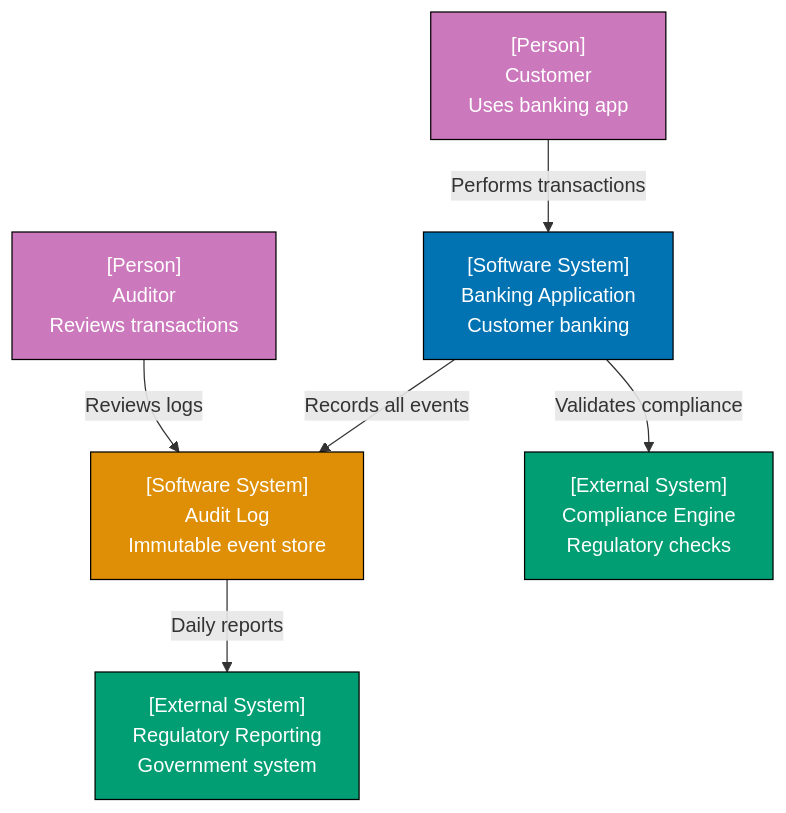
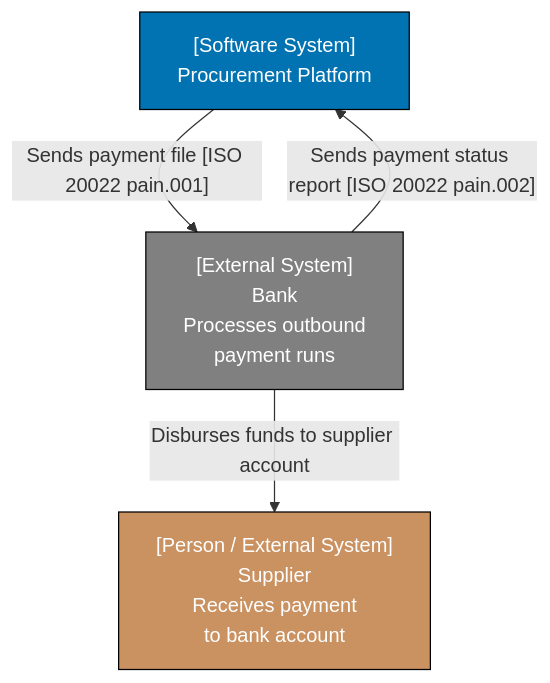
Before and after one commit to wahidyankf/open-sharia-enterprise: diagram 13 of 30 in apps/ayokoding-web/content/en/learn/software-engineering/architecture/c4-architecture-model/by-example/beginner.md, drawn with Mermaid. The commit also changed other lines of this file and 38 other files, not shown here.

First line of the commit message:
docs(ayokoding-web): unify architecture tutorials on shared P2P domain

````diff
--- a/apps/ayokoding-web/content/en/learn/software-engineering/architecture/c4-architecture-model/by-example/beginner.md
+++ b/apps/ayokoding-web/content/en/learn/software-engineering/architecture/c4-architecture-model/by-example/beginner.md
@@ -426,25 +459,14 @@
 ```mermaid
 graph TD
-    Customer["[Person]<br/>Customer<br/>Uses banking app"]
-    Auditor["[Person]<br/>Auditor<br/>Reviews transactions"]
+    Platform["[Software System]<br/>Procurement Platform"]
+    Bank["[External System]<br/>Bank<br/>Processes outbound<br/>payment runs"]
+    Supplier["[Person / External System]<br/>Supplier<br/>Receives payment<br/>to bank account"]
 
-    BankingApp["[Software System]<br/>Banking Application<br/>Customer banking"]
+    Platform -->|"Sends payment file [ISO 20022 pain.001]"| Bank
+    Bank -->|"Sends payment status report [ISO 20022 pain.002]"| Platform
+    Bank -->|"Disburses funds to supplier account"| Supplier
 
-    AuditLog["[Software System]<br/>Audit Log<br/>Immutable event store"]
-    ComplianceEngine["[External System]<br/>Compliance Engine<br/>Regulatory checks"]
-    RegulatoryReporting["[External System]<br/>Regulatory Reporting<br/>Government system"]
-
-    Customer -->|"Performs transactions"| BankingApp
-    BankingApp -->|"Records all events"| AuditLog
-    BankingApp -->|"Validates compliance"| ComplianceEngine
-
-    Auditor -->|"Reviews logs"| AuditLog
-    AuditLog -->|"Daily reports"| RegulatoryReporting
-
-    style Customer fill:#CC78BC,stroke:#000,color:#fff
-    style Auditor fill:#CC78BC,stroke:#000,color:#fff
-    style BankingApp fill:#0173B2,stroke:#000,color:#fff
-    style AuditLog fill:#DE8F05,stroke:#000,color:#fff
-    style ComplianceEngine fill:#029E73,stroke:#000,color:#fff
-    style RegulatoryReporting fill:#029E73,stroke:#000,color:#fff
+    style Platform fill:#0173B2,stroke:#000,color:#fff
+    style Bank fill:#808080,stroke:#000,color:#fff
+    style Supplier fill:#CA9161,stroke:#000,color:#fff
 ```
````
